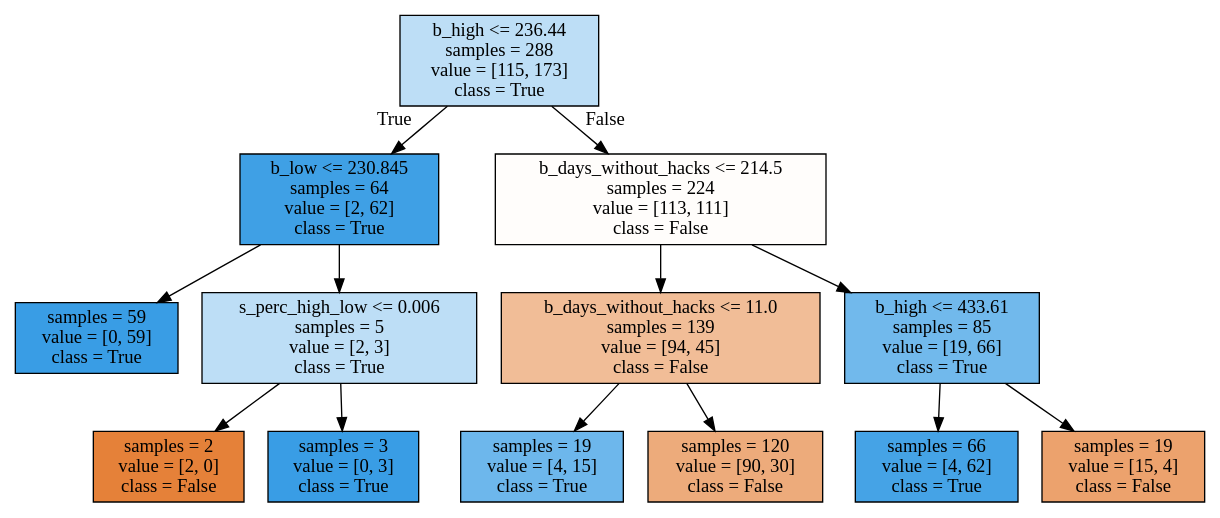
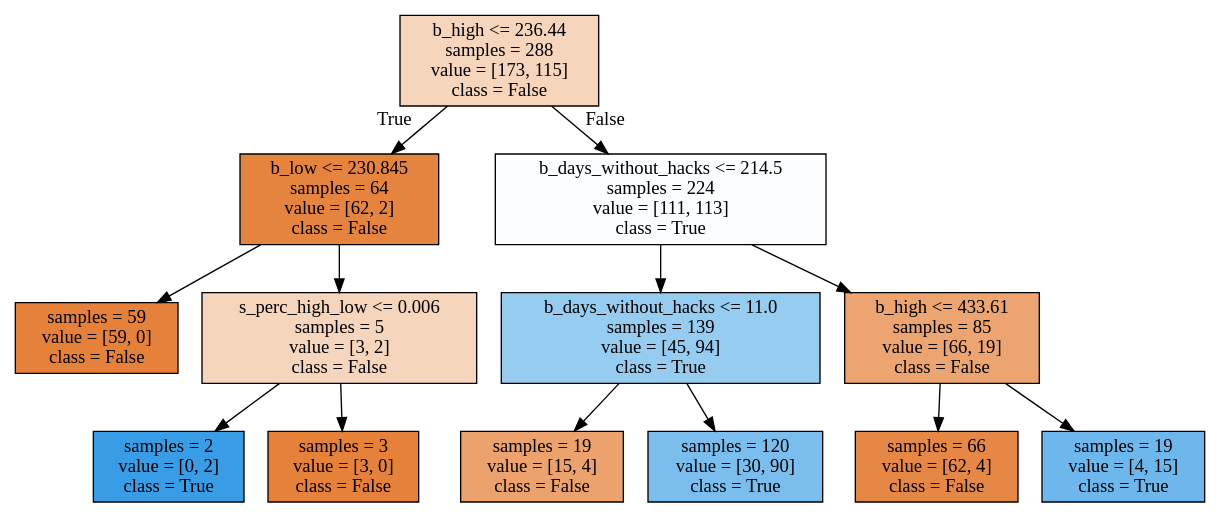
The diagram in adspy_temp.dot (SamuelNLP/bitcoin-test), drawn with Graphviz before and after one commit. The commit also changed 57 other files, not shown here.

```diff
--- a/adspy_temp.dot
+++ b/adspy_temp.dot
@@ -1,28 +1,28 @@
 digraph Tree {
 node [shape=box, style="filled", color="black"] ;
-0 [label="b_high <= 236.44\nsamples = 288\nvalue = [115, 173]\nclass = True", fillcolor="#399de555"] ;
-1 [label="b_low <= 230.845\nsamples = 64\nvalue = [2, 62]\nclass = True", fillcolor="#399de5f7"] ;
+0 [label="b_high <= 236.44\nsamples = 288\nvalue = [173, 115]\nclass = False", fillcolor="#e5813955"] ;
+1 [label="b_low <= 230.845\nsamples = 64\nvalue = [62, 2]\nclass = False", fillcolor="#e58139f7"] ;
 0 -> 1 [labeldistance=2.5, labelangle=45, headlabel="True"] ;
-2 [label="samples = 59\nvalue = [0, 59]\nclass = True", fillcolor="#399de5ff"] ;
+2 [label="samples = 59\nvalue = [59, 0]\nclass = False", fillcolor="#e58139ff"] ;
 1 -> 2 ;
-3 [label="s_perc_high_low <= 0.006\nsamples = 5\nvalue = [2, 3]\nclass = True", fillcolor="#399de555"] ;
+3 [label="s_perc_high_low <= 0.006\nsamples = 5\nvalue = [3, 2]\nclass = False", fillcolor="#e5813955"] ;
 1 -> 3 ;
-4 [label="samples = 2\nvalue = [2, 0]\nclass = False", fillcolor="#e58139ff"] ;
+4 [label="samples = 2\nvalue = [0, 2]\nclass = True", fillcolor="#399de5ff"] ;
 3 -> 4 ;
-5 [label="samples = 3\nvalue = [0, 3]\nclass = True", fillcolor="#399de5ff"] ;
+5 [label="samples = 3\nvalue = [3, 0]\nclass = False", fillcolor="#e58139ff"] ;
 3 -> 5 ;
-6 [label="b_days_without_hacks <= 214.5\nsamples = 224\nvalue = [113, 111]\nclass = False", fillcolor="#e5813905"] ;
+6 [label="b_days_without_hacks <= 214.5\nsamples = 224\nvalue = [111, 113]\nclass = True", fillcolor="#399de505"] ;
 0 -> 6 [labeldistance=2.5, labelangle=-45, headlabel="False"] ;
-7 [label="b_days_without_hacks <= 11.0\nsamples = 139\nvalue = [94, 45]\nclass = False", fillcolor="#e5813985"] ;
+7 [label="b_days_without_hacks <= 11.0\nsamples = 139\nvalue = [45, 94]\nclass = True", fillcolor="#399de585"] ;
 6 -> 7 ;
-8 [label="samples = 19\nvalue = [4, 15]\nclass = True", fillcolor="#399de5bb"] ;
+8 [label="samples = 19\nvalue = [15, 4]\nclass = False", fillcolor="#e58139bb"] ;
 7 -> 8 ;
-9 [label="samples = 120\nvalue = [90, 30]\nclass = False", fillcolor="#e58139aa"] ;
+9 [label="samples = 120\nvalue = [30, 90]\nclass = True", fillcolor="#399de5aa"] ;
 7 -> 9 ;
-10 [label="b_high <= 433.61\nsamples = 85\nvalue = [19, 66]\nclass = True", fillcolor="#399de5b6"] ;
+10 [label="b_high <= 433.61\nsamples = 85\nvalue = [66, 19]\nclass = False", fillcolor="#e58139b6"] ;
 6 -> 10 ;
-11 [label="samples = 66\nvalue = [4, 62]\nclass = True", fillcolor="#399de5ef"] ;
+11 [label="samples = 66\nvalue = [62, 4]\nclass = False", fillcolor="#e58139ef"] ;
 10 -> 11 ;
-12 [label="samples = 19\nvalue = [15, 4]\nclass = False", fillcolor="#e58139bb"] ;
+12 [label="samples = 19\nvalue = [4, 15]\nclass = True", fillcolor="#399de5bb"] ;
 10 -> 12 ;
 }
```
